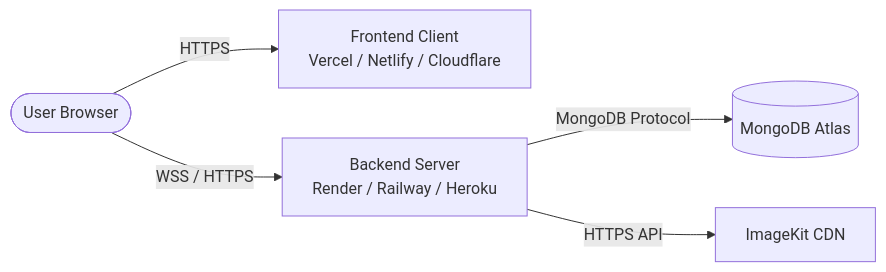
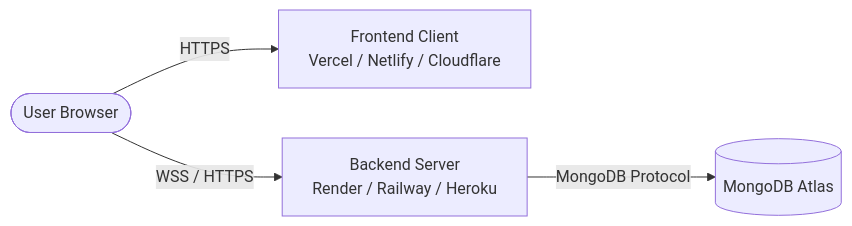
One commit to Karthik7-hub/AUCTIONSYSTEM changed the diagram in DEPLOYMENT.md. Above: the diagram before and after it, drawn with Mermaid. The commit also changed other lines of this file and 8 other files, not shown here.

````diff
--- a/DEPLOYMENT.md
+++ b/DEPLOYMENT.md
@@ -9,7 +9,6 @@
 ```mermaid
 graph LR
     User([User Browser]) -->|HTTPS| Frontend[Frontend Client<br/>Vercel / Netlify / Cloudflare]
     User -->|WSS / HTTPS| Backend[Backend Server<br/>Render / Railway / Heroku]
     Backend -->|MongoDB Protocol| Database[(MongoDB Atlas)]
-    Backend -->|HTTPS API| ImageKit[ImageKit CDN]
 ```
````
